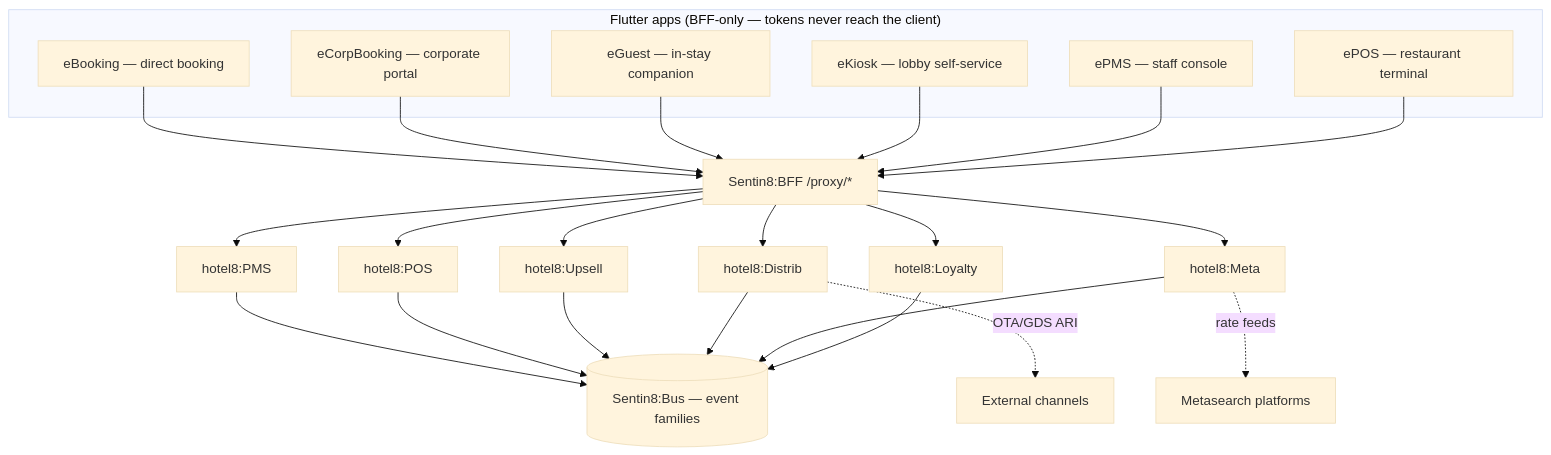
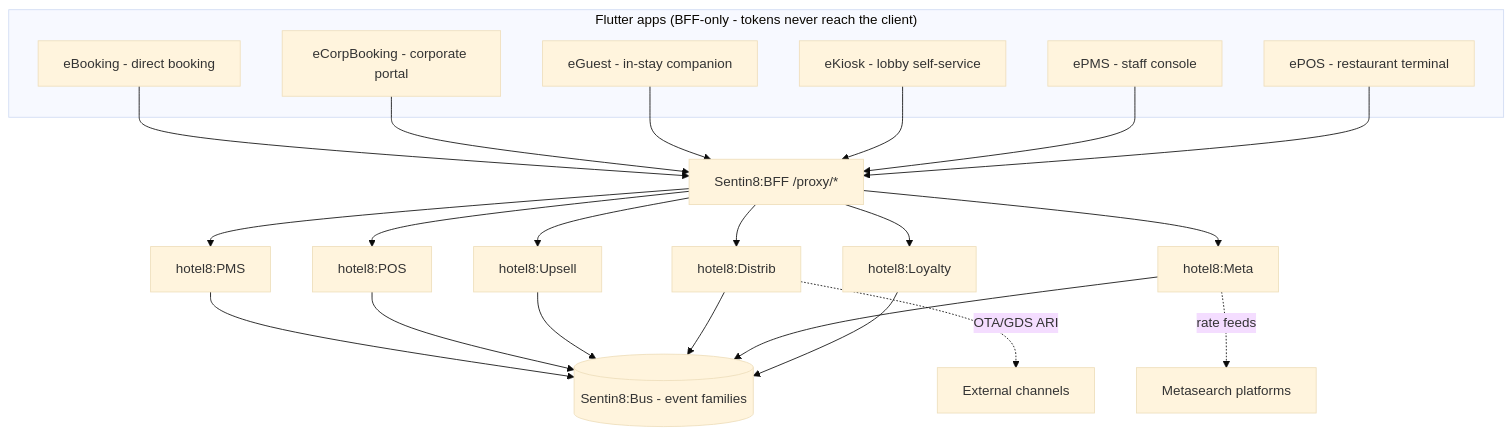
The diagram in README.md (Hotel8/hotel8), drawn with Mermaid (base theme) before and after one commit. The commit also changed other lines of this file and 6 other files, not shown here.

````diff
--- a/README.md
+++ b/README.md
@@ -22,32 +22,32 @@
 ```mermaid
 graph TD
-    subgraph apps["Flutter apps (BFF-only — tokens never reach the client)"]
-        EB[eBooking — direct booking]
-        ECR[eCorpBooking — corporate portal]
-        EG[eGuest — in-stay companion]
-        EK[eKiosk — lobby self-service]
-        EP[ePMS — staff console]
-        EPX[ePOS — restaurant terminal]
+    subgraph apps["Flutter apps (BFF-only - tokens never reach the client)"]
+        EB[eBooking - direct booking]
+        ECR[eCorpBooking - corporate portal]
+        EG[eGuest - in-stay companion]
+        EK[eKiosk - lobby self-service]
+        EP[ePMS - staff console]
+        EPX[ePOS - restaurant terminal]
     end
     BFFP[Sentin8:BFF /proxy/*]
     EB --> BFFP
     ECR --> BFFP
     EG --> BFFP
     EK --> BFFP
     EP --> BFFP
     EPX --> BFFP
     BFFP --> PMS[hotel8:PMS]
     BFFP --> POS[hotel8:POS]
     BFFP --> UPS[hotel8:Upsell]
     BFFP --> DIS[hotel8:Distrib]
     BFFP --> MET[hotel8:Meta]
     BFFP --> LOY[hotel8:Loyalty]
     DIS -. "OTA/GDS ARI" .-> CH[External channels]
     MET -. "rate feeds" .-> META[Metasearch platforms]
-    PMS --> BUSP[(Sentin8:Bus — event families)]
+    PMS --> BUSP[(Sentin8:Bus - event families)]
     POS --> BUSP
     UPS --> BUSP
     DIS --> BUSP
     MET --> BUSP
     LOY --> BUSP
 ```
````
